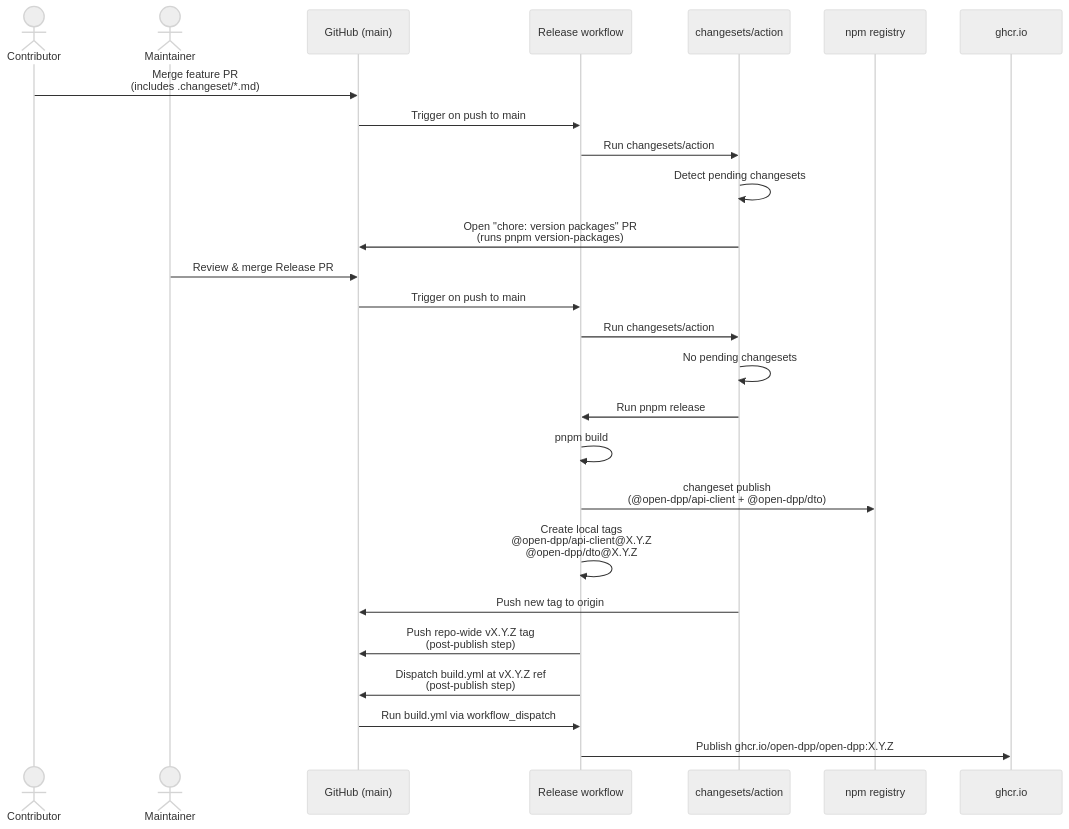
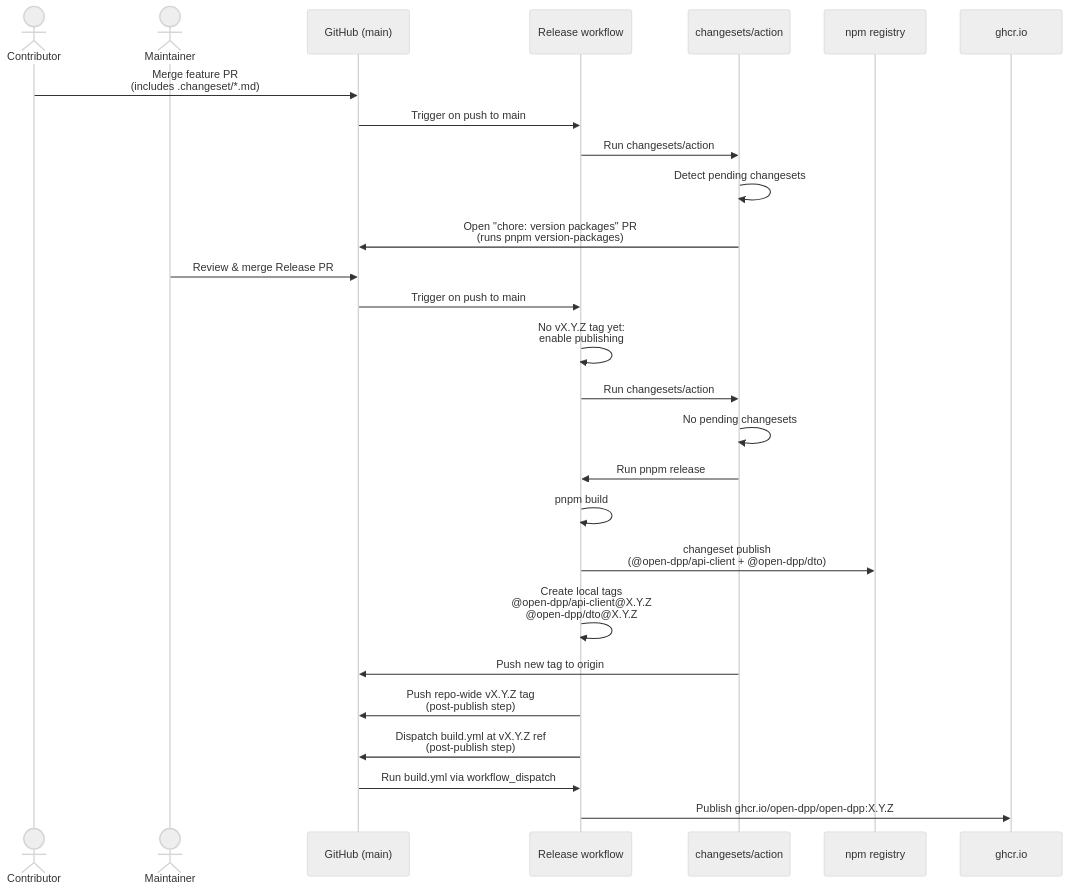
Before and after one commit to open-dpp/open-dpp: the second of 2 diagrams in RELEASING.md, drawn with Mermaid (neutral theme). The commit also changed other lines of this file and 7 other files, not shown here.

````diff
--- a/RELEASING.md
+++ b/RELEASING.md
@@ -91,29 +118,30 @@
 ```mermaid
 sequenceDiagram
     actor Dev as Contributor
     actor Maint as Maintainer
     participant GH as GitHub (main)
     participant WF as Release workflow
     participant CS as changesets/action
     participant NPM as npm registry
     participant GHCR as ghcr.io
 
     Dev->>GH: Merge feature PR<br/>(includes .changeset/*.md)
     GH->>WF: Trigger on push to main
     WF->>CS: Run changesets/action
     CS->>CS: Detect pending changesets
     CS->>GH: Open "chore: version packages" PR<br/>(runs pnpm version-packages)
     Maint->>GH: Review & merge Release PR
     GH->>WF: Trigger on push to main
+    WF->>WF: No vX.Y.Z tag yet:<br/>enable publishing
     WF->>CS: Run changesets/action
     CS->>CS: No pending changesets
     CS->>WF: Run pnpm release
     WF->>WF: pnpm build
     WF->>NPM: changeset publish<br/>(@open-dpp/api-client + @open-dpp/dto)
     WF->>WF: Create local tags<br/>@open-dpp/api-client@X.Y.Z<br/>@open-dpp/dto@X.Y.Z
     CS->>GH: Push new tag to origin
     WF->>GH: Push repo-wide vX.Y.Z tag<br/>(post-publish step)
     WF->>GH: Dispatch build.yml at vX.Y.Z ref<br/>(post-publish step)
     GH->>WF: Run build.yml via workflow_dispatch
     WF->>GHCR: Publish ghcr.io/open-dpp/open-dpp:X.Y.Z
 ```
````
